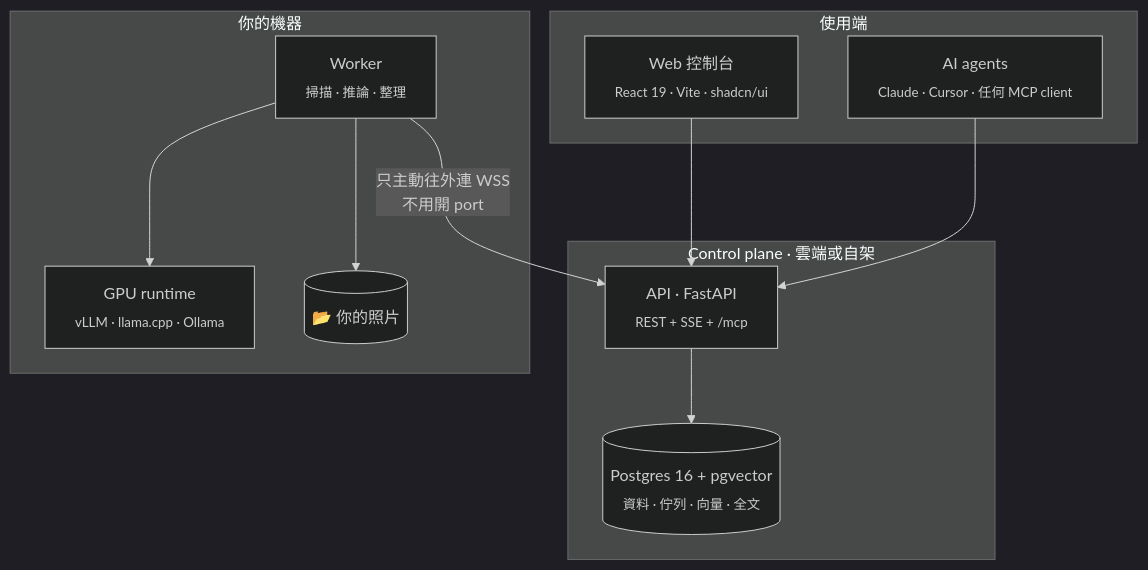
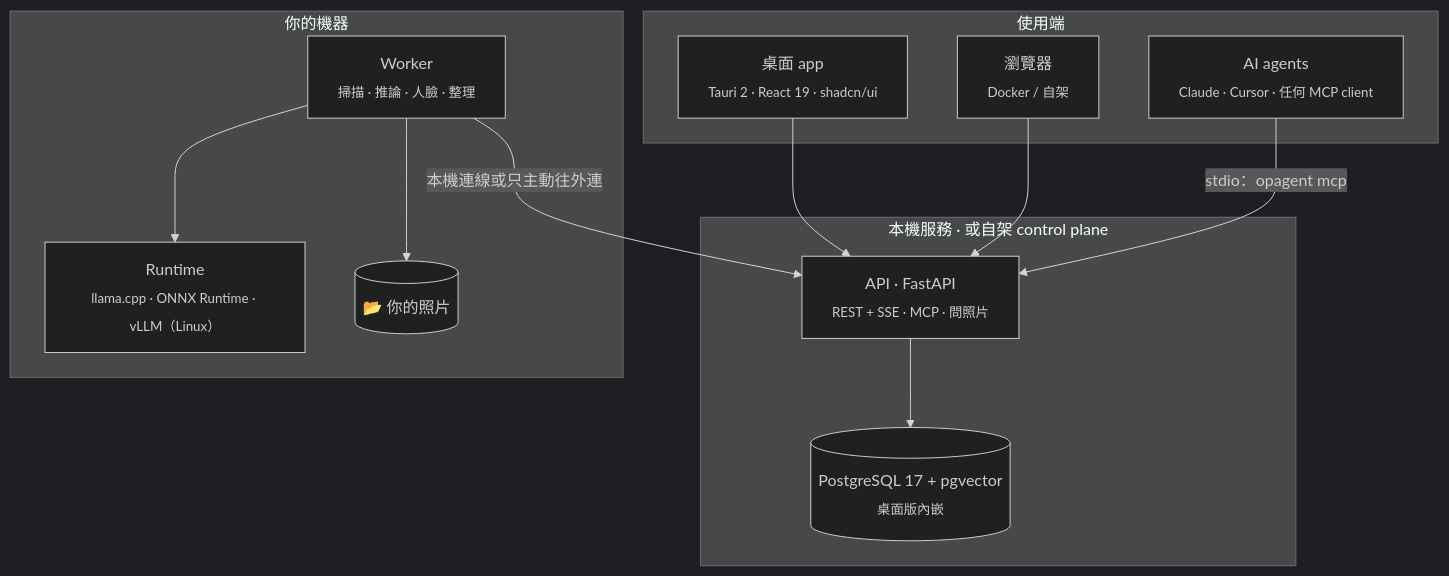
Before and after one commit to romanticamaj/openphotoagent: the second of 2 diagrams in README.zh-TW.md, drawn with Mermaid (dark theme). The commit also changed other lines of this file and 13 other files, not shown here.

First line of the commit message:
docs: feature coverage review; reconcile specs, roadmap, CLI name opagent

````diff
--- a/README.zh-TW.md
+++ b/README.zh-TW.md
@@ -191,22 +221,24 @@
 ```mermaid
 flowchart TB
   subgraph Clients["使用端"]
-    WEB["Web 控制台<br/><sub>React 19 · Vite · shadcn/ui</sub>"]
+    APP["桌面 app<br/><sub>Tauri 2 · React 19 · shadcn/ui</sub>"]
+    WEB["瀏覽器<br/><sub>Docker / 自架</sub>"]
     AG["AI agents<br/><sub>Claude · Cursor · 任何 MCP client</sub>"]
   end
-  subgraph CP["Control plane · 雲端或自架"]
-    API["API · FastAPI<br/><sub>REST + SSE + /mcp</sub>"]
-    PG[("Postgres 16 + pgvector<br/><sub>資料 · 佇列 · 向量 · 全文</sub>")]
+  subgraph CP["本機服務 · 或自架 control plane"]
+    API["API · FastAPI<br/><sub>REST + SSE · MCP · 問照片</sub>"]
+    PG[("PostgreSQL 17 + pgvector<br/><sub>桌面版內嵌</sub>")]
   end
   subgraph Edge["你的機器"]
-    W["Worker<br/><sub>掃描 · 推論 · 整理</sub>"]
-    GPU["GPU runtime<br/><sub>vLLM · llama.cpp · Ollama</sub>"]
+    W["Worker<br/><sub>掃描 · 推論 · 人臉 · 整理</sub>"]
+    GPU["Runtime<br/><sub>llama.cpp · ONNX Runtime · vLLM（Linux）</sub>"]
     FS[("📂 你的照片")]
   end
+  APP --> API
   WEB --> API
-  AG --> API
+  AG -- "stdio：opagent mcp" --> API
   API --> PG
-  W -- "只主動往外連 WSS<br/>不用開 port" --> API
+  W -- "本機連線或只主動往外連" --> API
   W --> GPU
   W --> FS
 ```
````
